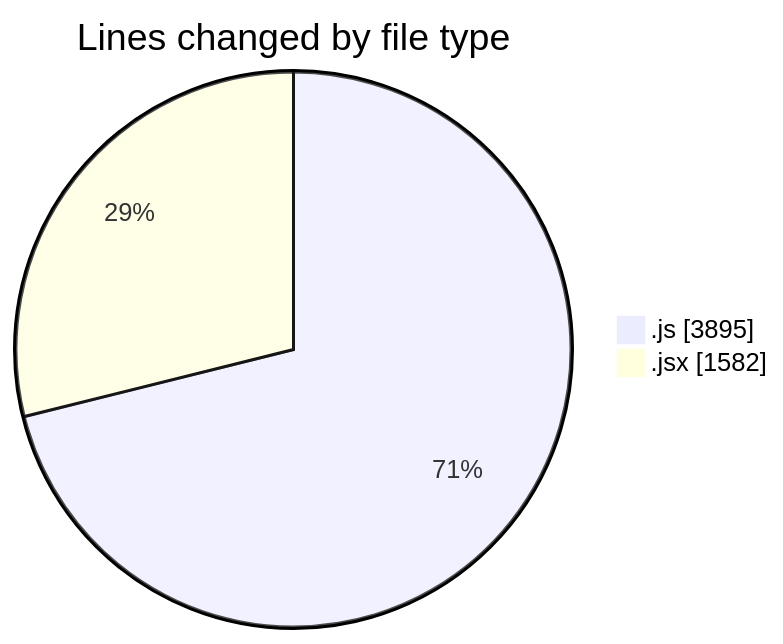
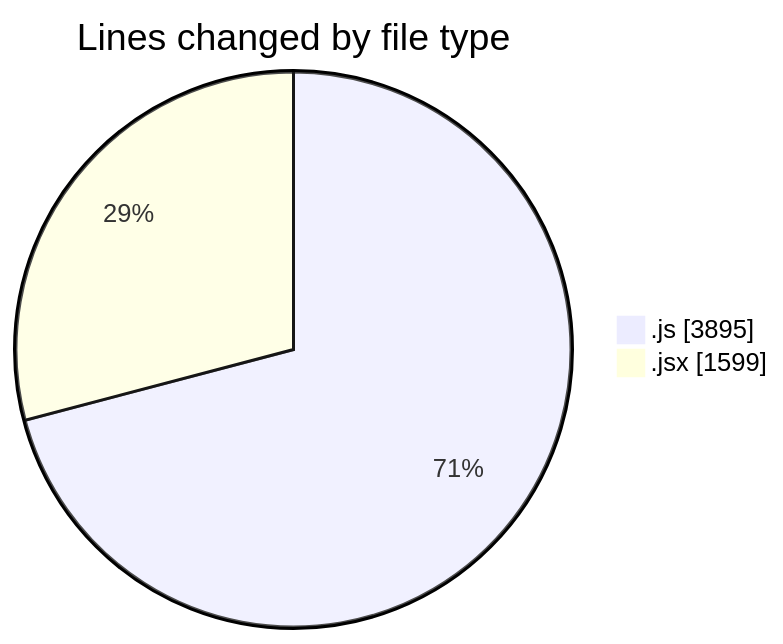
Before and after one commit to nxtqubesakshisongat/code-tracking: the first of 2 diagrams in 2025-08-13/nxtqube_webapp/README.md, drawn with Mermaid. The commit also changed other lines of this file and 1 other file, not shown here.

````diff
--- a/2025-08-13/nxtqube_webapp/README.md
+++ b/2025-08-13/nxtqube_webapp/README.md
@@ -23,6 +23,6 @@
 ```mermaid
 pie showData
 title Lines changed by file type
 ".js" : 3895
-".jsx" : 1582
+".jsx" : 1599
 ```
````
